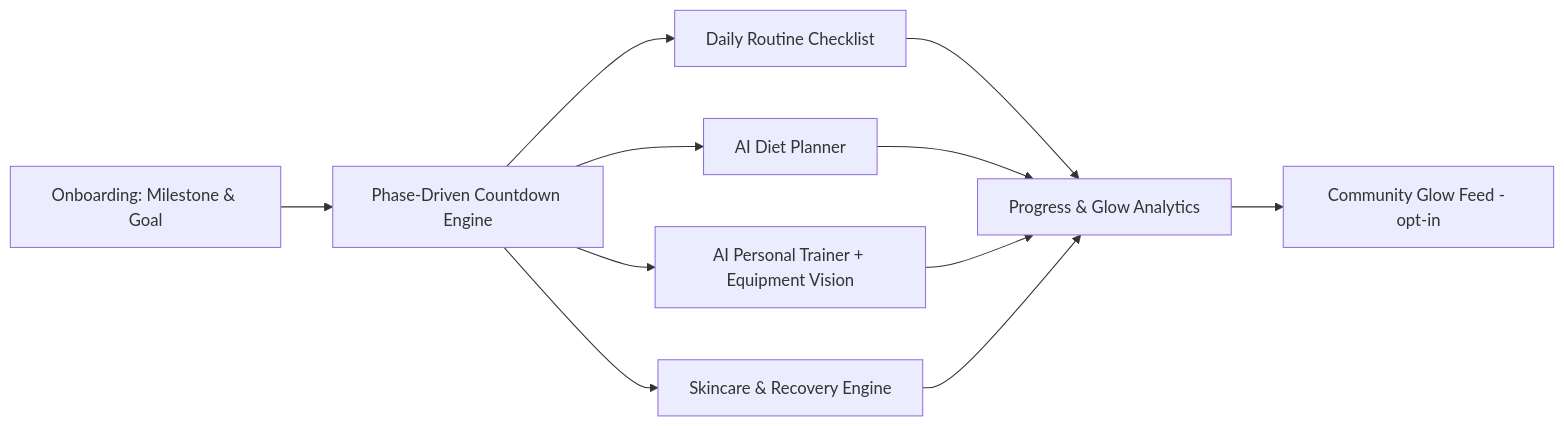
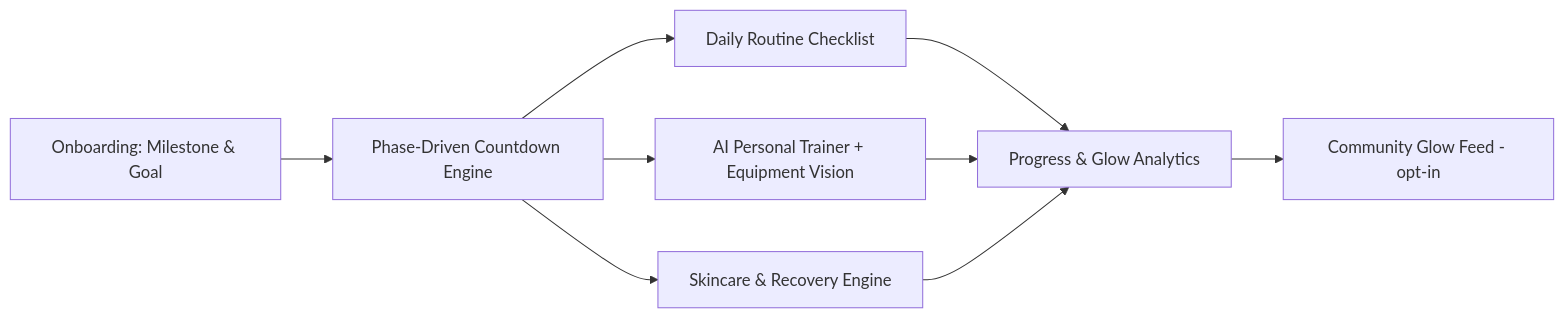
Before and after one commit to ankita-thakur-28/Clock-IT: the first of 3 diagrams in CLOCK-IT-VISION-2.0.md, drawn with Mermaid. The commit also changed other lines of this file and 19 other files, not shown here.

Commit message:
feat(auth): harden multi-tenant authorization, add 2-step OTP password reset, and refine non-diet roadmap

````diff
--- a/CLOCK-IT-VISION-2.0.md
+++ b/CLOCK-IT-VISION-2.0.md
@@ -31,10 +31,9 @@
 ```mermaid
 graph LR
     A[Onboarding: Milestone & Goal] --> B[Phase-Driven Countdown Engine]
     B --> C[Daily Routine Checklist]
-    B --> D[AI Diet Planner]
-    B --> E[AI Personal Trainer + Equipment Vision]
-    B --> F[Skincare & Recovery Engine]
-    C & D & E & F --> G[Progress & Glow Analytics]
-    G --> H[Community Glow Feed - opt-in]
+    B --> D[AI Personal Trainer + Equipment Vision]
+    B --> E[Skincare & Recovery Engine]
+    C & D & E --> F[Progress & Glow Analytics]
+    F --> G[Community Glow Feed - opt-in]
 ```
````
